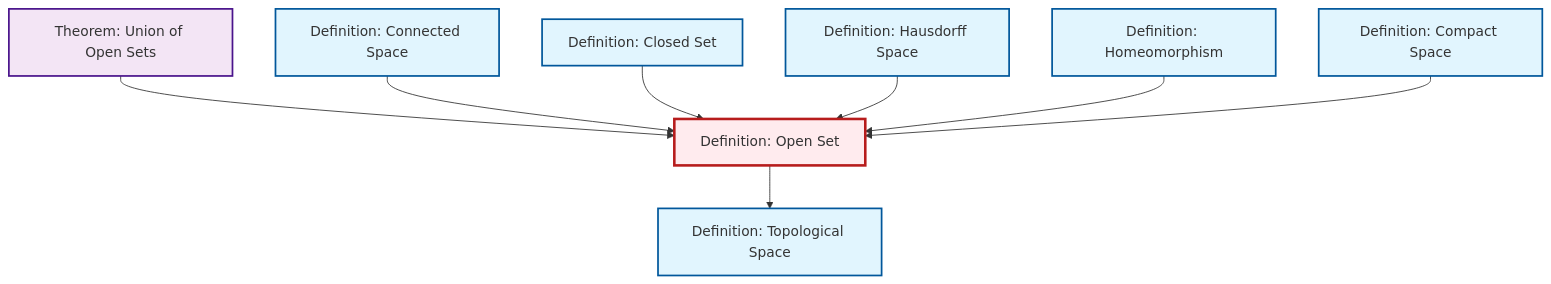
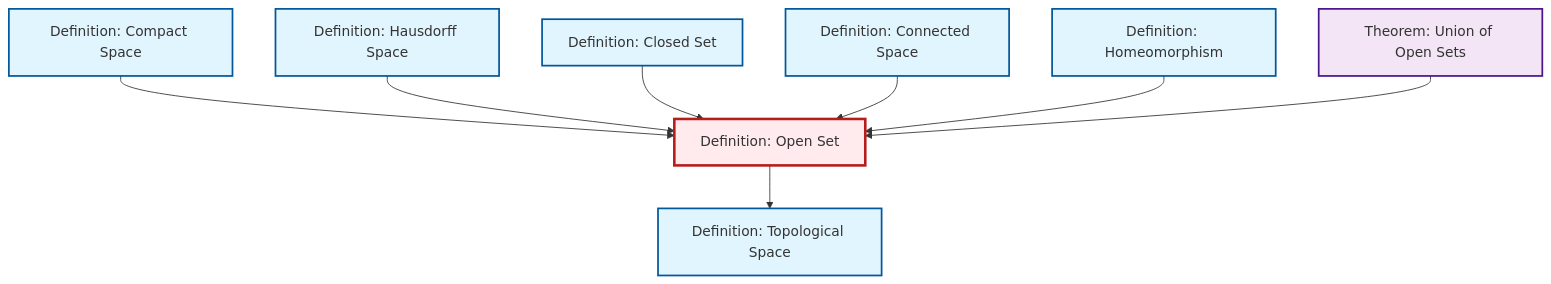
The diagram in content/ja/topology/def-open-set.qmd (RK0429/ModernMath), drawn with Mermaid before and after one commit. The commit also changed other lines of this file and 531 other files, not shown here.

````diff
--- a/content/ja/topology/def-open-set.qmd
+++ b/content/ja/topology/def-open-set.qmd
@@ -54,32 +54,32 @@
 ```{mermaid}
 %%| fig-cap: "Local dependency graph"
 graph TD
     classDef definition fill:#e1f5fe,stroke:#01579b,stroke-width:2px
     classDef theorem fill:#f3e5f5,stroke:#4a148c,stroke-width:2px
     classDef axiom fill:#fff3e0,stroke:#e65100,stroke-width:2px
     classDef example fill:#e8f5e9,stroke:#1b5e20,stroke-width:2px
     classDef current fill:#ffebee,stroke:#b71c1c,stroke-width:3px
-    def-hausdorff["Definition: Hausdorff Space"]:::definition
+    def-homeomorphism["Definition: Homeomorphism"]:::definition
+    thm-union-open-sets["Theorem: Union of Open Sets"]:::theorem
+    def-topological-space["Definition: Topological Space"]:::definition
     def-compact["Definition: Compact Space"]:::definition
     def-closed-set["Definition: Closed Set"]:::definition
-    def-homeomorphism["Definition: Homeomorphism"]:::definition
-    def-topological-space["Definition: Topological Space"]:::definition
-    thm-union-open-sets["Theorem: Union of Open Sets"]:::theorem
+    def-hausdorff["Definition: Hausdorff Space"]:::definition
+    def-open-set["Definition: Open Set"]:::definition
     def-connected["Definition: Connected Space"]:::definition
-    def-open-set["Definition: Open Set"]:::definition
+    def-open-set --> def-topological-space
+    def-compact --> def-open-set
+    def-hausdorff --> def-open-set
+    def-closed-set --> def-open-set
+    def-connected --> def-open-set
+    def-homeomorphism --> def-open-set
     thm-union-open-sets --> def-open-set
-    def-connected --> def-open-set
-    def-closed-set --> def-open-set
-    def-open-set --> def-topological-space
-    def-hausdorff --> def-open-set
-    def-homeomorphism --> def-open-set
-    def-compact --> def-open-set
     class def-open-set current
-    click def-hausdorff "def-hausdorff.html" "Definition: Hausdorff Spaceへ"
+    click def-homeomorphism "def-homeomorphism.html" "Definition: Homeomorphismへ"
+    click thm-union-open-sets "thm-union-open-sets.html" "Theorem: Union of Open Setsへ"
+    click def-topological-space "def-topological-space.html" "Definition: Topological Spaceへ"
     click def-compact "def-compact.html" "Definition: Compact Spaceへ"
     click def-closed-set "def-closed-set.html" "Definition: Closed Setへ"
-    click def-homeomorphism "def-homeomorphism.html" "Definition: Homeomorphismへ"
-    click def-topological-space "def-topological-space.html" "Definition: Topological Spaceへ"
-    click thm-union-open-sets "thm-union-open-sets.html" "Theorem: Union of Open Setsへ"
+    click def-hausdorff "def-hausdorff.html" "Definition: Hausdorff Spaceへ"
     click def-connected "def-connected.html" "Definition: Connected Spaceへ"
 ```
````
